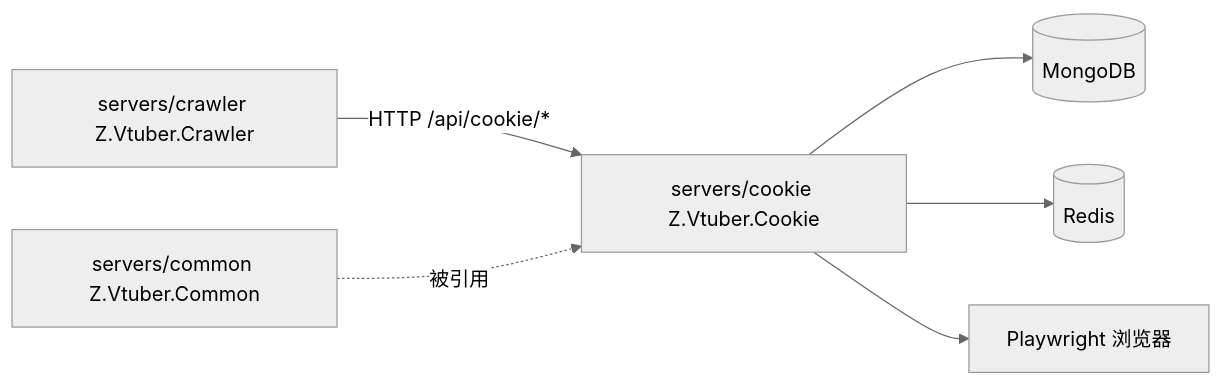
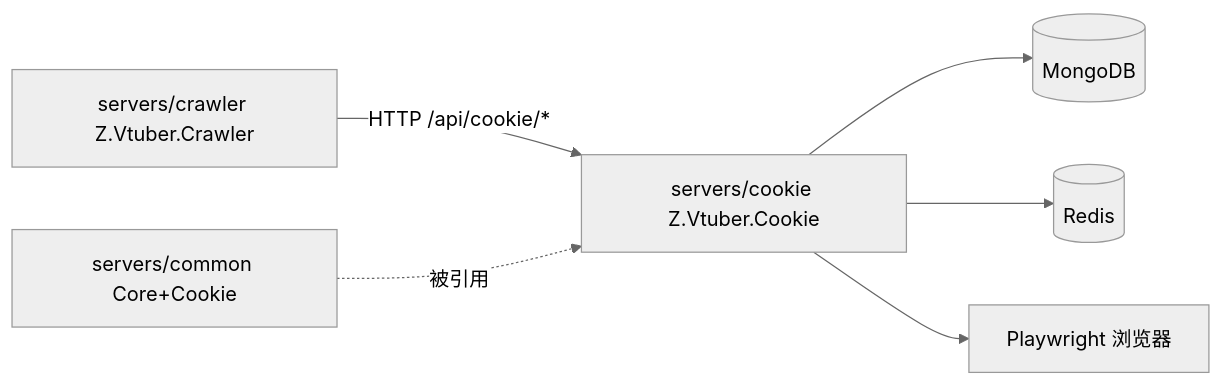
Before and after one commit to Deliay/z-vtuber: the diagram in servers/cookie/AGENTS.md, drawn with Mermaid (neutral theme). The commit also changed 9 other files, not shown here.

````diff
--- a/servers/cookie/AGENTS.md
+++ b/servers/cookie/AGENTS.md
@@ -14,8 +14,8 @@
 ```mermaid
 graph LR
     Cookie[servers/crawler Z.Vtuber.Crawler] -->|HTTP /api/cookie/*| CookieService[servers/cookie Z.Vtuber.Cookie]
     CookieService --> M[(MongoDB)]
     CookieService --> R[(Redis)]
     CookieService --> PW[Playwright 浏览器]
-    Common[servers/common Z.Vtuber.Common] -.被引用.-> CookieService
+    Common[servers/common Core+Cookie] -.被引用.-> CookieService
 ```
````
